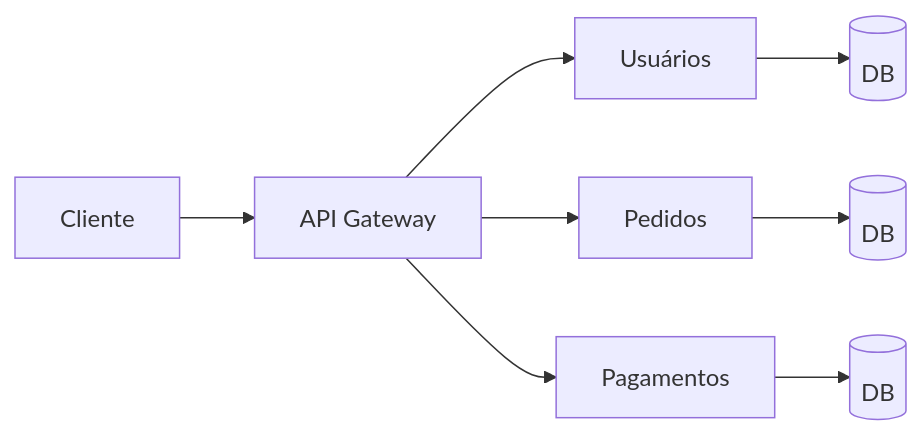
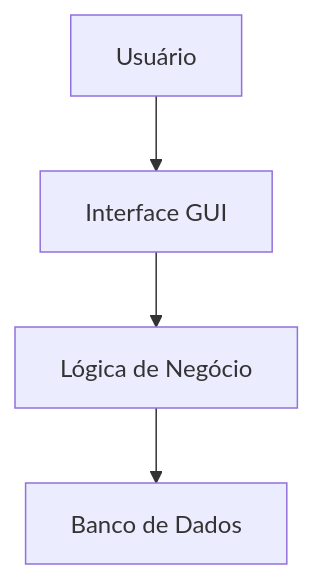
Before and after one commit to ricardotecpro/ads_spec_backend_com_java_e_springboot: the diagram in docs/slides/src/slide-01.md, drawn with Mermaid. The commit also changed other lines of this file and 483 other files, not shown here.

````diff
--- a/docs/slides/src/slide-01.md
+++ b/docs/slides/src/slide-01.md
@@ -67,10 +31,6 @@
 ```mermaid
-graph LR
-    User[Cliente] --> AGW[API Gateway]
-    AGW --> S1[Usuários]
-    AGW --> S2[Pedidos]
-    AGW --> S3[Pagamentos]
-    S1 --> DB1[(DB)]
-    S2 --> DB2[(DB)]
-    S3 --> DB3[(DB)]
+graph TD
+    A[Usuário] --> B[Interface GUI]
+    B --> C[Lógica de Negócio]
+    C --> D[Banco de Dados]
 ```
````
